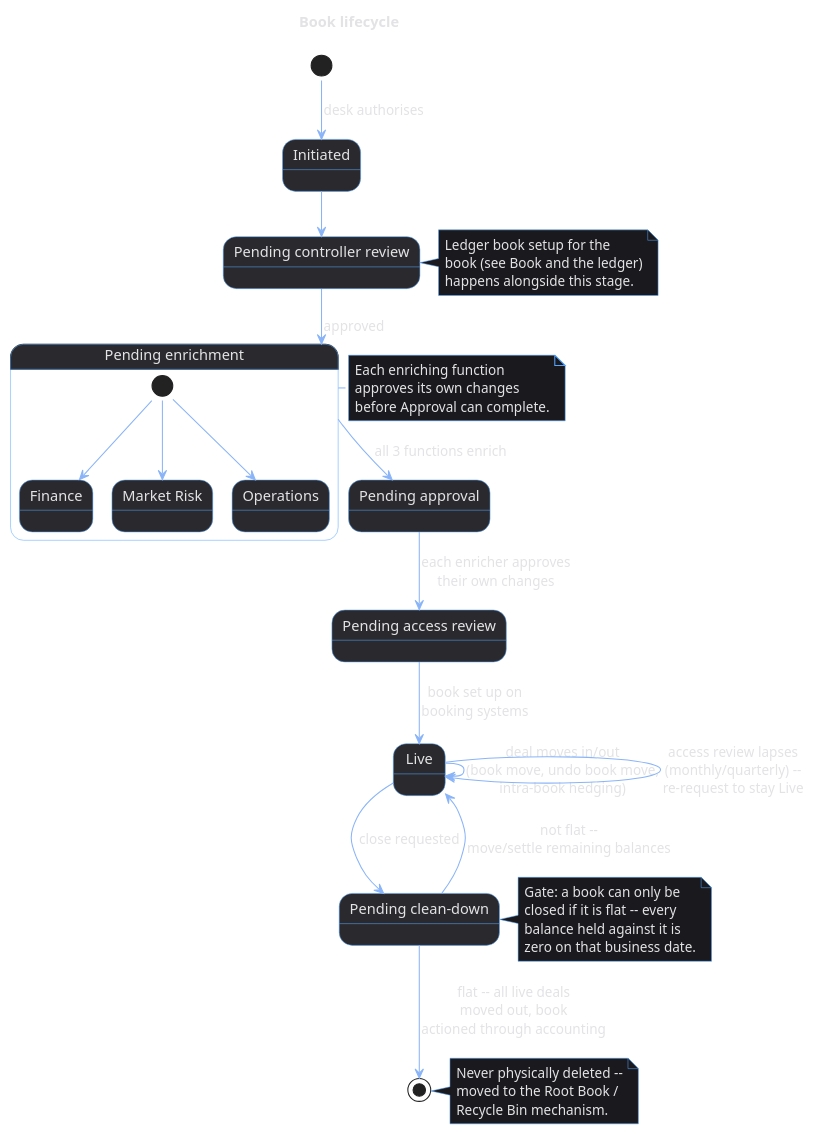
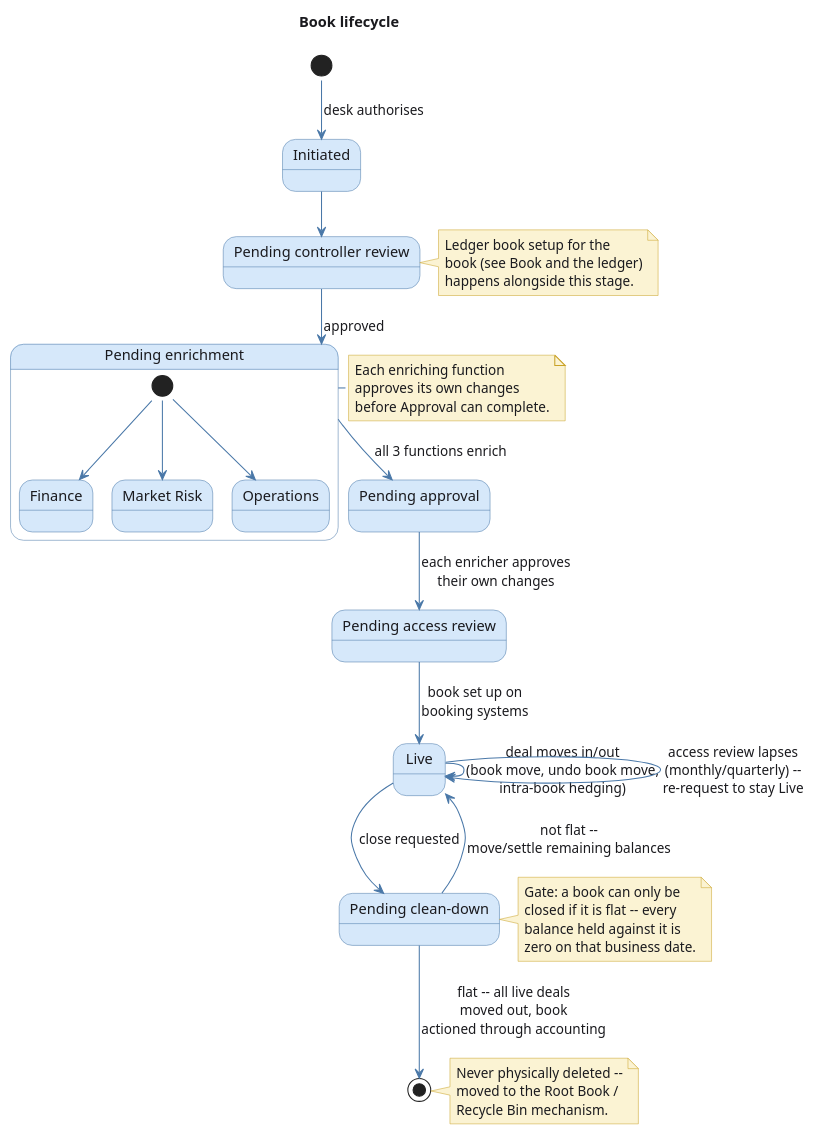
One commit to OreStudio/OreStudio changed the diagram in doc/knowledge/domain/book_lifecycle.puml. Above: the diagram before and after it, drawn with PlantUML. The commit also changed 2 other files, not shown here.

Commit message:
[doc] Light pastel diagram palette, fix broken not-yet-captured screenshot link
The dark-theme skinparam palette (dark boxes, light-grey text on
white) was unreadable once rendered into the white-background PDF --
switched to light pastel blue states and pastel yellow notes with dark
text throughout, readable in print.

The Regulatory Book Type combo's not-yet-captured screenshot used a
proj: image link pointing at a file that doesn't exist yet
(TODO_regulatory_book_type_combo.png); org-latex--inline-image doesn't
degrade gracefully for a missing file and was printing the absolute
filesystem path as literal body text in the PDF. Replaced with a plain
captured.

```diff
--- a/doc/knowledge/domain/book_lifecycle.puml
+++ b/doc/knowledge/domain/book_lifecycle.puml
@@ -18,79 +18,79 @@
 @startuml
 !pragma layout smetana
 
 title Book lifecycle
 
 skinparam state {
-    BackgroundColor #2A2A2E
-    BorderColor #58A6FF
-    FontColor #E3E3E6
-    AttributeFontColor #A1A1AA
-    ArrowColor #8AB4F8
-    ArrowFontColor #E3E3E6
-    StartColor #58A6FF
-    EndColor #58A6FF
+    BackgroundColor #D6E8FA
+    BorderColor #4A78A8
+    FontColor #1A1A1E
+    AttributeFontColor #3A3A3E
+    ArrowColor #4A78A8
+    ArrowFontColor #1A1A1E
+    StartColor #4A78A8
+    EndColor #4A78A8
 }
 skinparam note {
-    BackgroundColor #1A1A1E
-    BorderColor #58A6FF
-    FontColor #E3E3E6
+    BackgroundColor #FBF3D3
+    BorderColor #C9A227
+    FontColor #1A1A1E
 }
-skinparam BackgroundColor transparent
-skinparam DefaultFontColor #E3E3E6
+skinparam BackgroundColor white
+skinparam DefaultFontColor #1A1A1E
 
 state "Initiated" as Initiated
 state "Pending controller review" as ControllerReview
 state "Pending enrichment" as Enrichment {
     state "Finance" as EnrichFinance
     state "Market Risk" as EnrichRisk
     state "Operations" as EnrichOps
     [*] --> EnrichFinance
     [*] --> EnrichRisk
     [*] --> EnrichOps
 }
 state "Pending approval" as Approval
 state "Pending access review" as AccessReview
 state "Live" as Live
 state "Pending clean-down" as CleanDown
 state "Closed" as Closed <<end>>
 
 [*] --> Initiated : desk authorises
 Initiated --> ControllerReview
 ControllerReview --> Enrichment : approved
 Enrichment --> Approval : all 3 functions enrich
 Approval --> AccessReview : each enricher approves\ntheir own changes
 AccessReview --> Live : book set up on\nbooking systems
 
 Live --> Live : deal moves in/out\n(book move, undo book move,\nintra-book hedging)
 Live --> Live : access review lapses\n(monthly/quarterly) --\nre-request to stay Live
 
 Live --> CleanDown : close requested
 CleanDown --> Live : not flat --\nmove/settle remaining balances
 CleanDown --> Closed : flat -- all live deals\nmoved out, book\nactioned through accounting
 
 note right of ControllerReview
   Ledger book setup for the
   book (see Book and the ledger)
   happens alongside this stage.
 end note
 
 note right of Enrichment
   Each enriching function
   approves its own changes
   before Approval can complete.
 end note
 
 note right of CleanDown
   Gate: a book can only be
   closed if it is flat -- every
   balance held against it is
   zero on that business date.
 end note
 
 note right of Closed
   Never physically deleted --
   moved to the Root Book /
   Recycle Bin mechanism.
 end note
 
 @enduml
```
